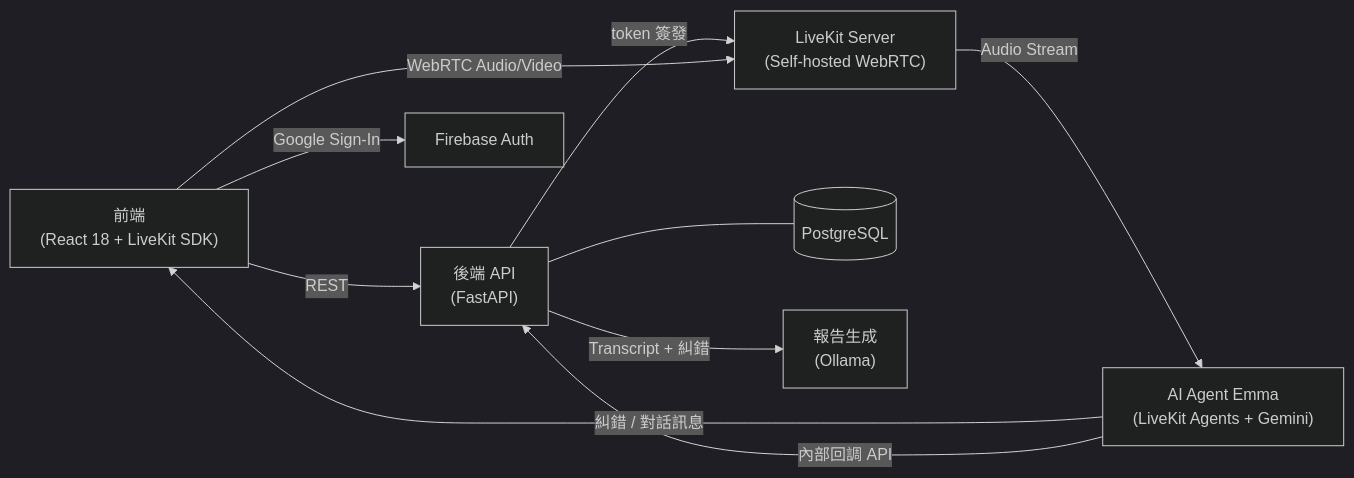
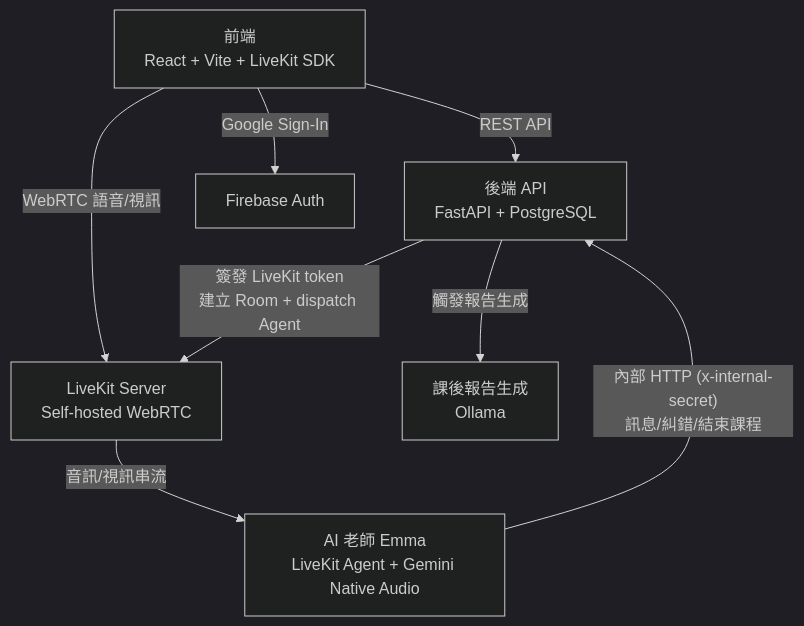
Before and after one commit to a920604a/engineernews: the first of 3 diagrams in src/content/posts/product/2026-04-23-live-english-tutor.md, drawn with Mermaid (dark theme). The commit also changed other lines of this file and 468 other files, not shown here.

````diff
--- a/src/content/posts/product/2026-04-23-live-english-tutor.md
+++ b/src/content/posts/product/2026-04-23-live-english-tutor.md
@@ -37,20 +32,17 @@
 ```mermaid
-graph LR
-  FE["前端\n(React 18 + LiveKit SDK)"]
-  API["後端 API\n(FastAPI)"]
-  Agent["AI Agent Emma\n(LiveKit Agents + Gemini)"]
-  LK["LiveKit Server\n(Self-hosted WebRTC)"]
-  DB[("PostgreSQL")]
-  Ollama["報告生成\n(Ollama)"]
+graph TD
+  FE["前端<br/>React + Vite + LiveKit SDK"]
+  API["後端 API<br/>FastAPI + PostgreSQL"]
+  Agent["AI 老師 Emma<br/>LiveKit Agent + Gemini Native Audio"]
+  LK["LiveKit Server<br/>Self-hosted WebRTC"]
   Firebase["Firebase Auth"]
+  Ollama["課後報告生成<br/>Ollama"]
 
   FE -->|"Google Sign-In"| Firebase
-  FE -->|"REST"| API
-  API -->|"token 簽發"| LK
-  FE -->|"WebRTC Audio/Video"| LK
-  LK -->|"Audio Stream"| Agent
-  Agent -->|"糾錯 / 對話訊息"| FE
-  Agent -->|"內部回調 API"| API
-  API --- DB
-  API -->|"Transcript + 糾錯"| Ollama
+  FE -->|"REST API"| API
+  FE -->|"WebRTC 語音/視訊"| LK
+  API -->|"簽發 LiveKit token<br/>建立 Room + dispatch Agent"| LK
+  LK -->|"音訊/視訊串流"| Agent
+  Agent -->|"內部 HTTP (x-internal-secret)<br/>訊息/糾錯/結束課程"| API
+  API -->|"觸發報告生成"| Ollama
 ```
````
